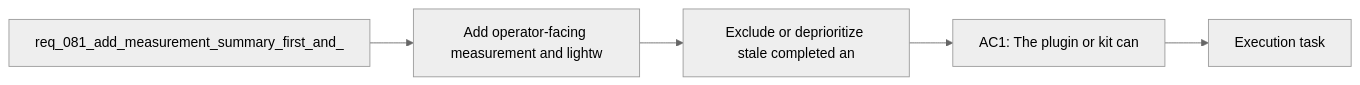
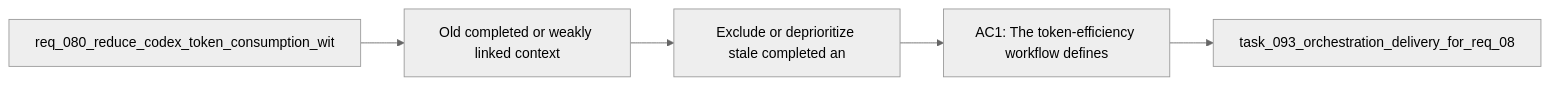
One commit to AlexAgo83/logics-manager changed the diagram in logics/backlog/item_111_exclude_or_deprioritize_stale_completed_and_weakly_linked_context_by_default.md. Above: the diagram before and after it, drawn with Mermaid (neutral theme). The commit also changed 481 other files, not shown here.

````diff
--- a/logics/backlog/item_111_exclude_or_deprioritize_stale_completed_and_weakly_linked_context_by_default.md
+++ b/logics/backlog/item_111_exclude_or_deprioritize_stale_completed_and_weakly_linked_context_by_default.md
@@ -26,9 +26,9 @@
 ```mermaid
 %% logics-kind: backlog
 %% logics-signature: backlog|exclude-or-deprioritize-stale-completed-|req-080-reduce-codex-token-consumption-w|old-completed-or-weakly-linked-context|ac1-the-token-efficiency-workflow-define
 flowchart LR
-    Request[req_081_add_measurement_summary_first_and_] --> Problem[Add operator-facing measurement and lightw]
+    Request[req_080_reduce_codex_token_consumption_wit] --> Problem[Old completed or weakly linked context]
     Problem --> Scope[Exclude or deprioritize stale completed an]
-    Scope --> Acceptance[AC1: The plugin or kit can]
-    Acceptance --> Tasks[Execution task]
+    Scope --> Acceptance[AC1: The token-efficiency workflow defines]
+    Acceptance --> Tasks[task_093_orchestration_delivery_for_req_08]
 ```
````
